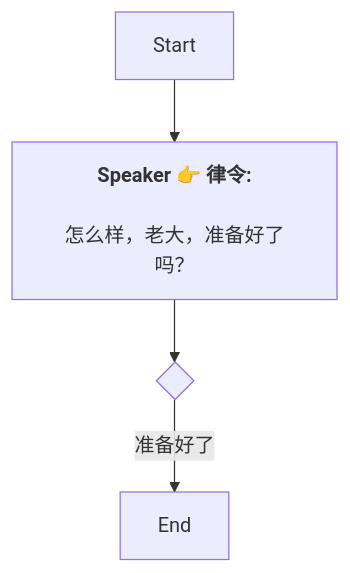
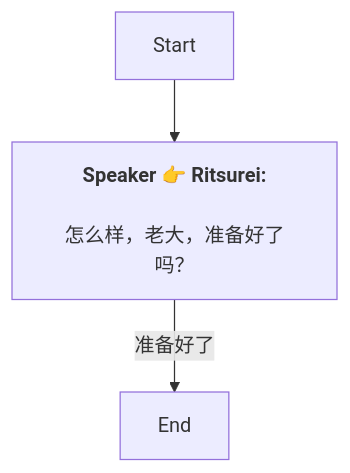
One commit to SoftHu/tos_avg changed the diagram in Zh/QuestTalkObjectiveNode_1758366220204699.md. Above: the diagram before and after it, drawn with Mermaid. The commit also changed 737 other files, not shown here.

````diff
--- a/Zh/QuestTalkObjectiveNode_1758366220204699.md
+++ b/Zh/QuestTalkObjectiveNode_1758366220204699.md
@@ -1,9 +1,7 @@
 ```mermaid
 graph
-Start -->1758366327316126[<b>Speaker 👉 律令:</b>
+Start -->1758366327316126[<b>Speaker 👉 Ritsurei:</b>
+\n怎么样，老大，准备好了吗？]
+1758366327316126 -->|准备好了|1758366809993892[End]
 
-怎么样，老大，准备好了吗？]
-1758366327316126 -->1758366352778911{ }
-1758366352778911 -->|准备好了|1758366809993892[End]
-
- ```
+```
````
